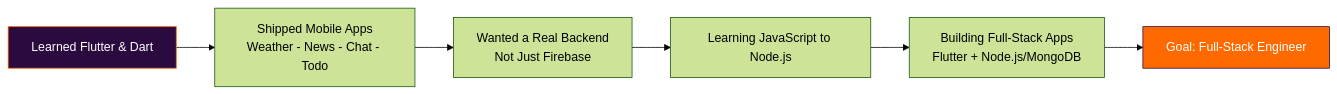
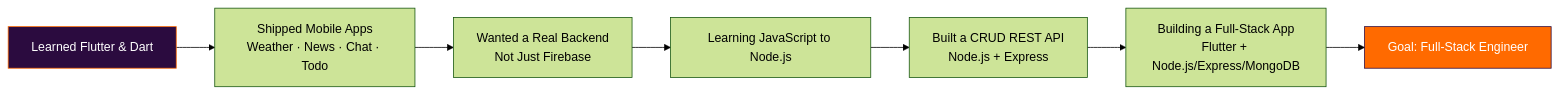
One commit to Mohamed20186/Mohamed20186 changed the diagram in README.md. Above: the diagram before and after it, drawn with Mermaid (forest theme). The commit also changed other lines of this file, not shown here.

````diff
--- a/README.md
+++ b/README.md
@@ -27,10 +30,11 @@
 ```mermaid
 graph LR
-    A[Learned Flutter & Dart] --> B[Shipped Mobile Apps<br/>Weather - News - Chat - Todo]
+    A[Learned Flutter & Dart] --> B[Shipped Mobile Apps<br/>Weather · News · Chat · Todo]
     B --> C[Wanted a Real Backend<br/>Not Just Firebase]
     C --> D[Learning JavaScript to Node.js]
-    D --> E[Building Full-Stack Apps<br/>Flutter + Node.js/MongoDB]
-    E --> F[Goal: Full-Stack Engineer]
+    D --> E[Built a CRUD REST API<br/>Node.js + Express]
+    E --> F[Building a Full-Stack App<br/>Flutter + Node.js/Express/MongoDB]
+    F --> G[Goal: Full-Stack Engineer]
     style A fill:#2b0b3f,stroke:#ff6a00,color:#fff
-    style F fill:#ff6a00,stroke:#2b0b3f,color:#fff
+    style G fill:#ff6a00,stroke:#2b0b3f,color:#fff
 ```
````
